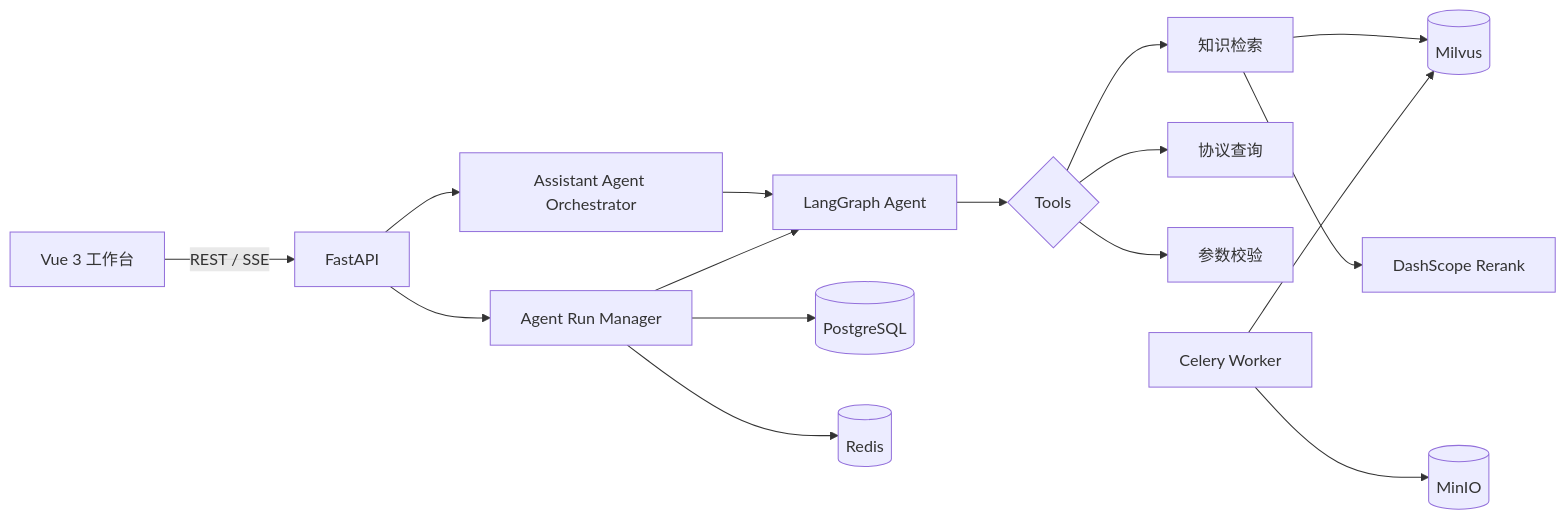
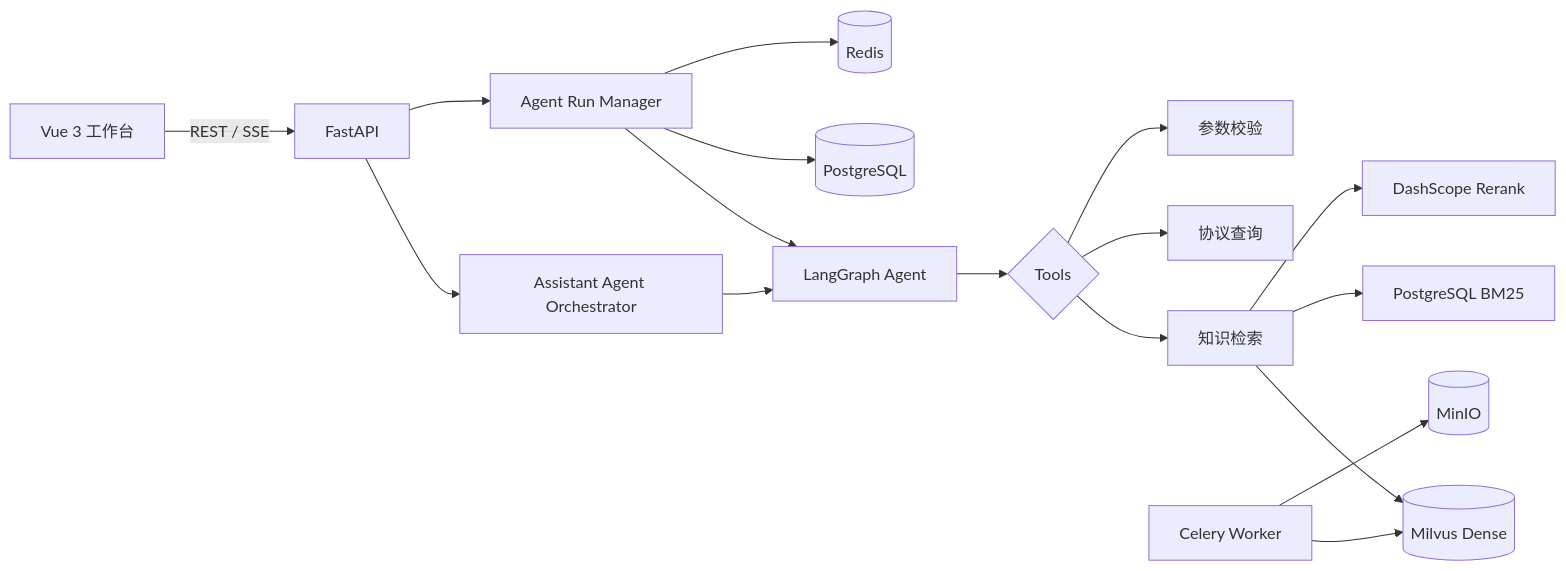
Before and after one commit to guttar/CryptoPilot: the diagram in README.md, drawn with Mermaid. The commit also changed other lines of this file and 10 other files, not shown here.

````diff
--- a/README.md
+++ b/README.md
@@ -23,18 +23,19 @@
 ```mermaid
 flowchart LR
     UI[Vue 3 工作台] -->|REST / SSE| API[FastAPI]
     API --> ORCH[Assistant Agent Orchestrator]
     API --> RUN[Agent Run Manager]
     ORCH --> GRAPH
     RUN --> GRAPH[LangGraph Agent]
     GRAPH --> TOOLS{Tools}
     TOOLS --> RETRIEVE[知识检索]
     TOOLS --> PROTOCOL[协议查询]
     TOOLS --> VALIDATE[参数校验]
-    RETRIEVE --> MILVUS[(Milvus)]
+    RETRIEVE --> MILVUS[(Milvus Dense)]
+    RETRIEVE --> BM25[PostgreSQL BM25]
     RETRIEVE --> RERANK[DashScope Rerank]
     RUN --> PG[(PostgreSQL)]
     RUN --> REDIS[(Redis)]
     WORKER[Celery Worker] --> MILVUS
     WORKER --> MINIO[(MinIO)]
 ```
````
